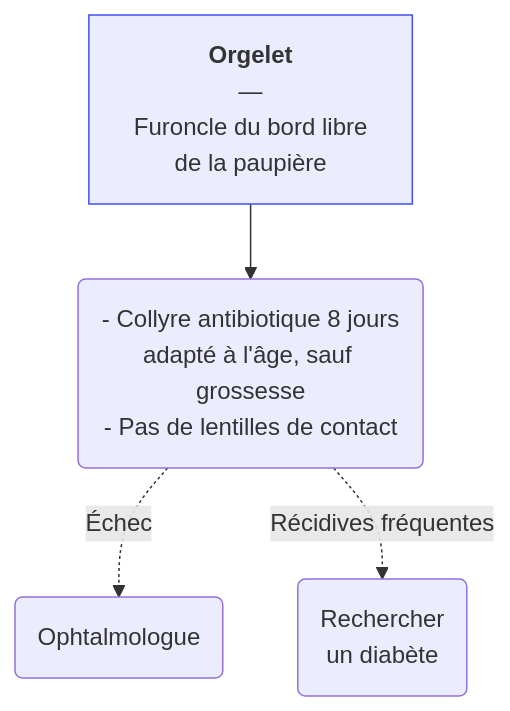
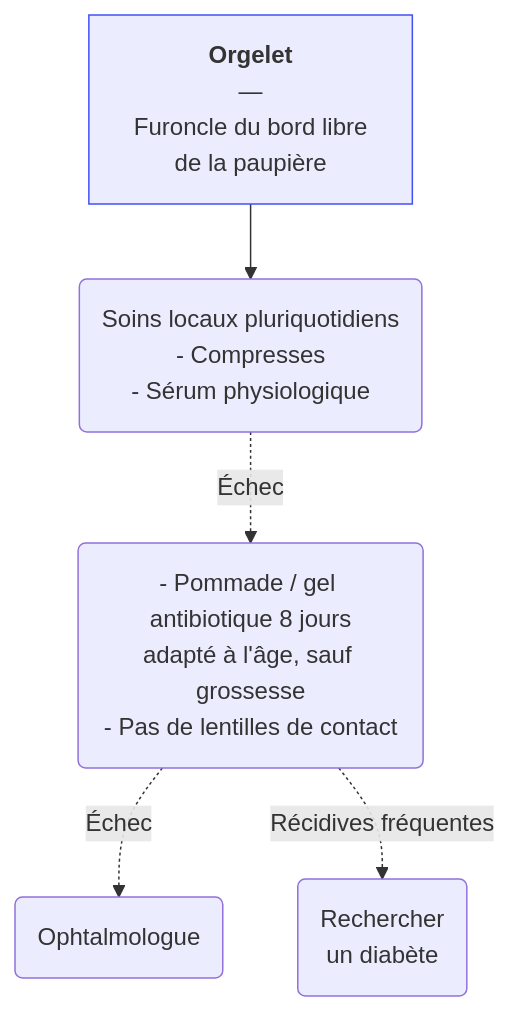
Before and after one commit to djibe/recommandations-medicales: the diagram in content/recommandations/orgelet.md, drawn with Mermaid. The commit also changed other lines of this file and 9 other files, not shown here.

```diff
--- a/content/recommandations/orgelet.md
+++ b/content/recommandations/orgelet.md
@@ -67,6 +71,6 @@
 {{< mermaid title="Prise en charge de l'orgelet par le médecin généraliste. Drs JB Fron et Alaedine Benani d'après COUF 2021" >}}
 graph TB
-  orgelet["<b>Orgelet</b><br>—<br>Furoncle du bord libre<br>de la paupière"] --> collyre("- Collyre antibiotique 8 jours<br>adapté à l'âge, sauf grossesse<br>- Pas de lentilles de contact") -. Échec .-> ophtalmologue(Ophtalmologue)
+  orgelet["<b>Orgelet</b><br>—<br>Furoncle du bord libre<br>de la paupière"] --> soins("Soins locaux pluriquotidiens<br>- Compresses<br>- Sérum physiologique") -. Échec .-> collyre("- Pommade / gel antibiotique 8 jours<br>adapté à l'âge, sauf grossesse<br>- Pas de lentilles de contact") -. Échec .-> ophtalmologue(Ophtalmologue)
     collyre -. Récidives fréquentes .-> diabète("Rechercher<br>un diabète")
   style orgelet stroke:#4150f5, stroke-width:1px
 {{< /mermaid >}}
```
